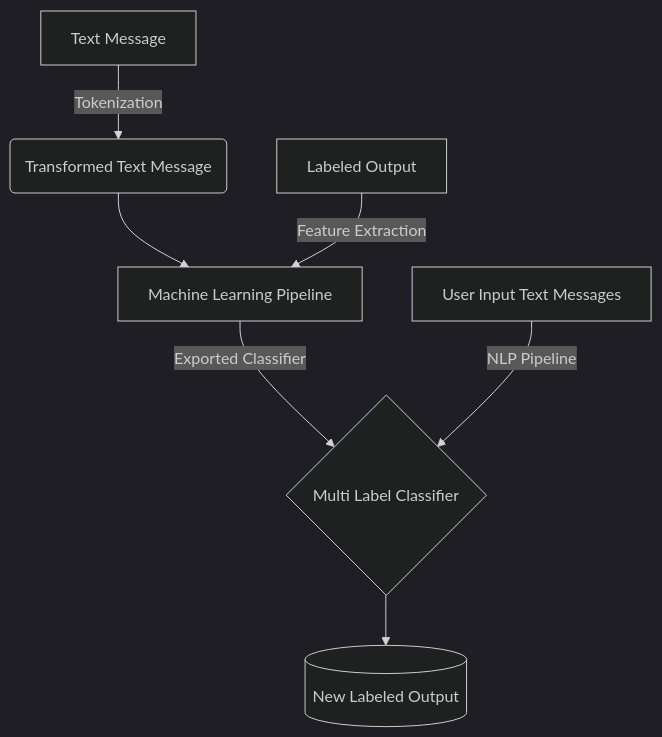
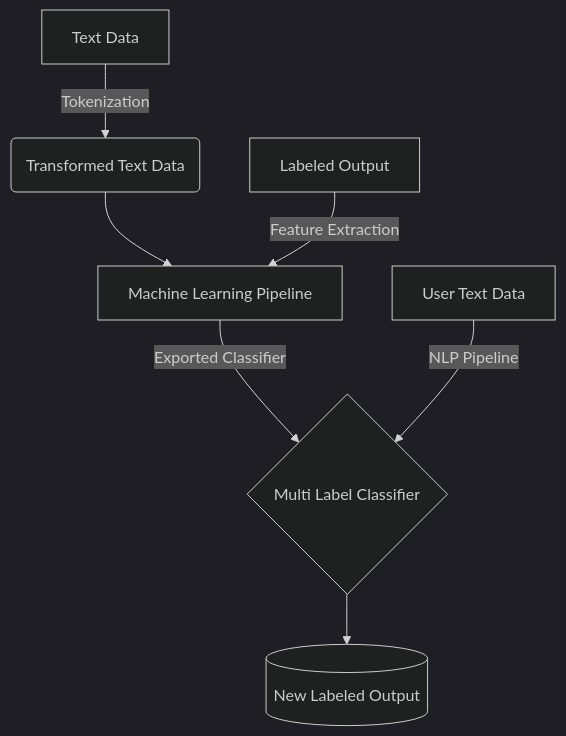
One commit to defunSM/Data-Science-Portfolio changed the diagram in Diasaster Response Classification/README.md. Above: the diagram before and after it, drawn with Mermaid (dark theme). The commit also changed other lines of this file and 4 other files, not shown here.

````diff
--- a/Diasaster Response Classification/README.md
+++ b/Diasaster Response Classification/README.md
@@ -17,9 +31,9 @@
 ```mermaid
 graph TB
-    A[Text Message] -->|Tokenization| B(Transformed Text Message)
+    A[Text Data] -->|Tokenization| B(Transformed Text Data)
     B --> D[Machine Learning Pipeline]
     C[Labeled Output] --> |Feature Extraction| D[Machine Learning Pipeline]
     D --> |Exported Classifier| E{Multi Label Classifier}
-    G[User Input Text Messages] --> |NLP Pipeline| E
+    G[User Text Data] --> |NLP Pipeline| E
     E --> F[(New Labeled Output)]
 ```
````
